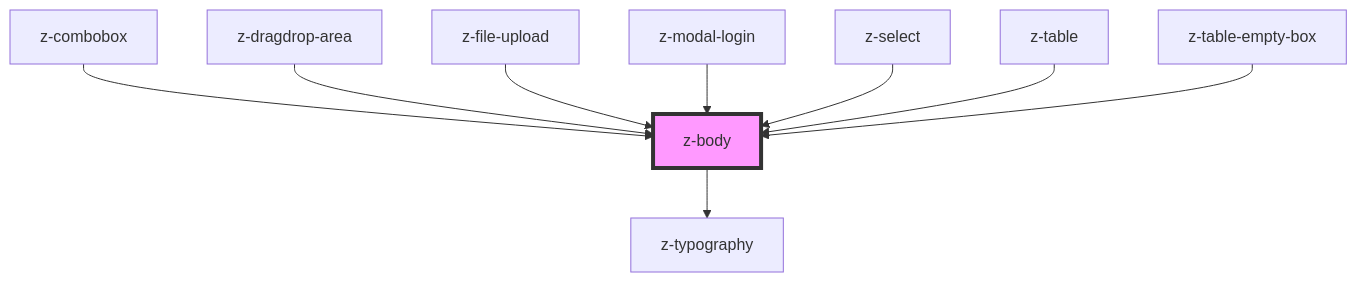
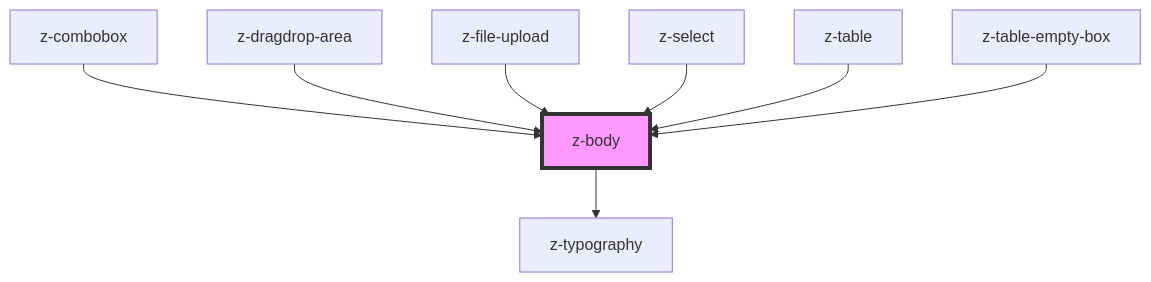
One commit to ZanichelliEditore/design-system changed the diagram in src/components/typography/z-body/readme.md. Above: the diagram before and after it, drawn with Mermaid. The commit also changed other lines of this file and 11 other files, not shown here.

````diff
--- a/src/components/typography/z-body/readme.md
+++ b/src/components/typography/z-body/readme.md
@@ -32,12 +31,11 @@
 ```mermaid
 graph TD;
   z-body --> z-typography
   z-combobox --> z-body
   z-dragdrop-area --> z-body
   z-file-upload --> z-body
-  z-modal-login --> z-body
   z-select --> z-body
   z-table --> z-body
   z-table-empty-box --> z-body
   style z-body fill:#f9f,stroke:#333,stroke-width:4px
 ```
````
